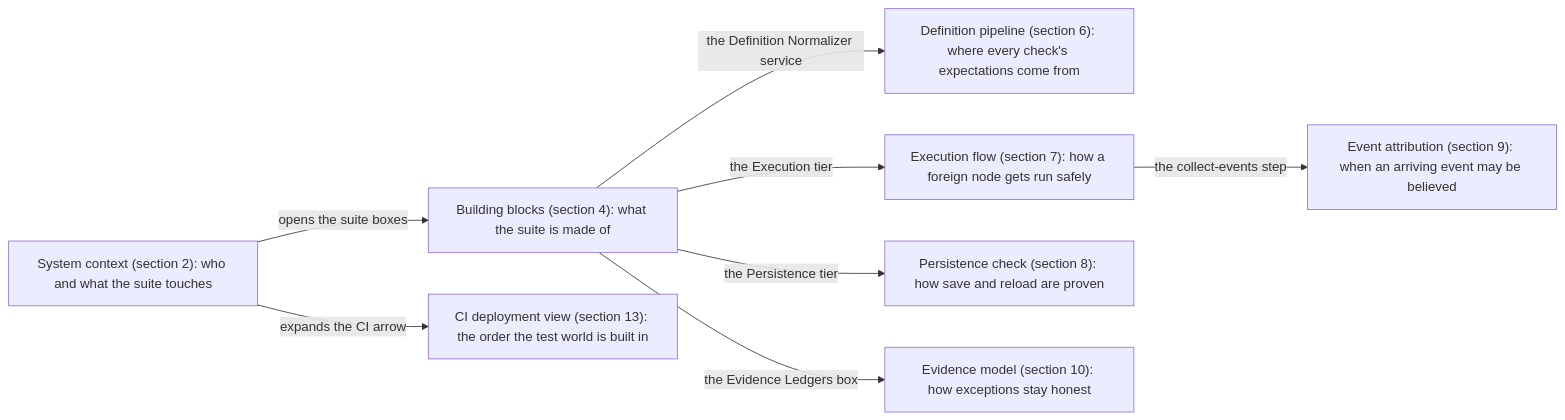
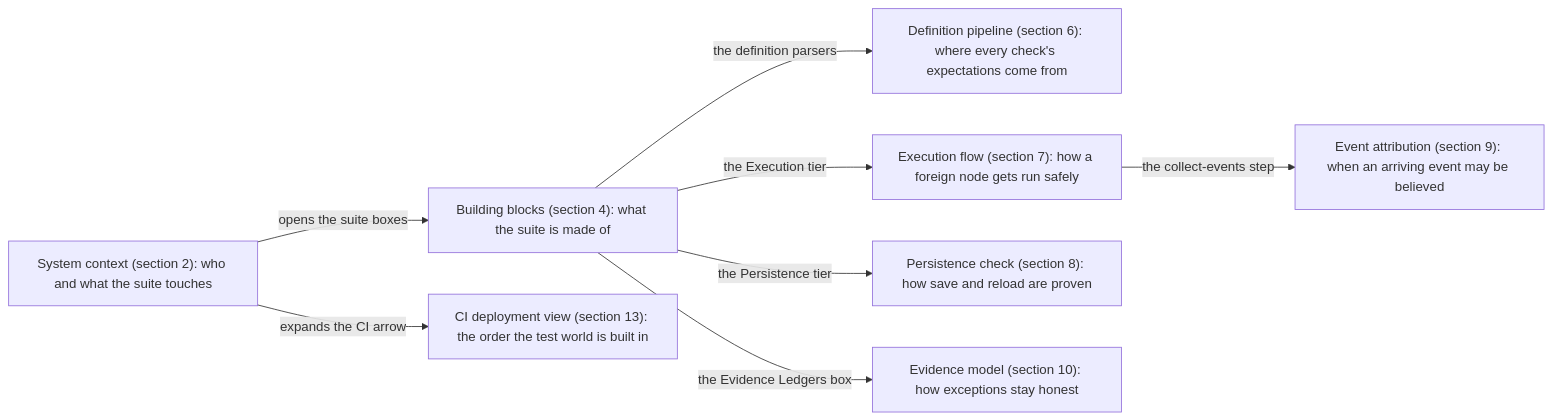
The first of 9 diagrams in browser_tests/tests/customNodes/ARCHITECTURE.md (Comfy-Org/ComfyUI_frontend), drawn with Mermaid before and after one commit. The commit also changed other lines of this file and 10 other files, not shown here.

````diff
--- a/browser_tests/tests/customNodes/ARCHITECTURE.md
+++ b/browser_tests/tests/customNodes/ARCHITECTURE.md
@@ -77,19 +78,19 @@
 ```mermaid
 %%{init: {"flowchart": {"wrappingWidth": 240}}}%%
 flowchart LR
     L1["System context (section 2): who and what the suite touches"]
     L2["Building blocks (section 4): what the suite is made of"]
     L3["Definition pipeline (section 6): where every check's expectations come from"]
     L4["Execution flow (section 7): how a foreign node gets run safely"]
     L5["Persistence check (section 8): how save and reload are proven"]
     L6["Event attribution (section 9): when an arriving event may be believed"]
     L7["Evidence model (section 10): how exceptions stay honest"]
     L8["CI deployment view (section 13): the order the test world is built in"]
     L1 -->|"opens the suite boxes"| L2
     L1 -->|"expands the CI arrow"| L8
-    L2 -->|"the Definition Normalizer service"| L3
+    L2 -->|"the definition parsers"| L3
     L2 -->|"the Execution tier"| L4
     L2 -->|"the Persistence tier"| L5
     L2 -->|"the Evidence Ledgers box"| L7
     L4 -->|"the collect-events step"| L6
 ```
````
